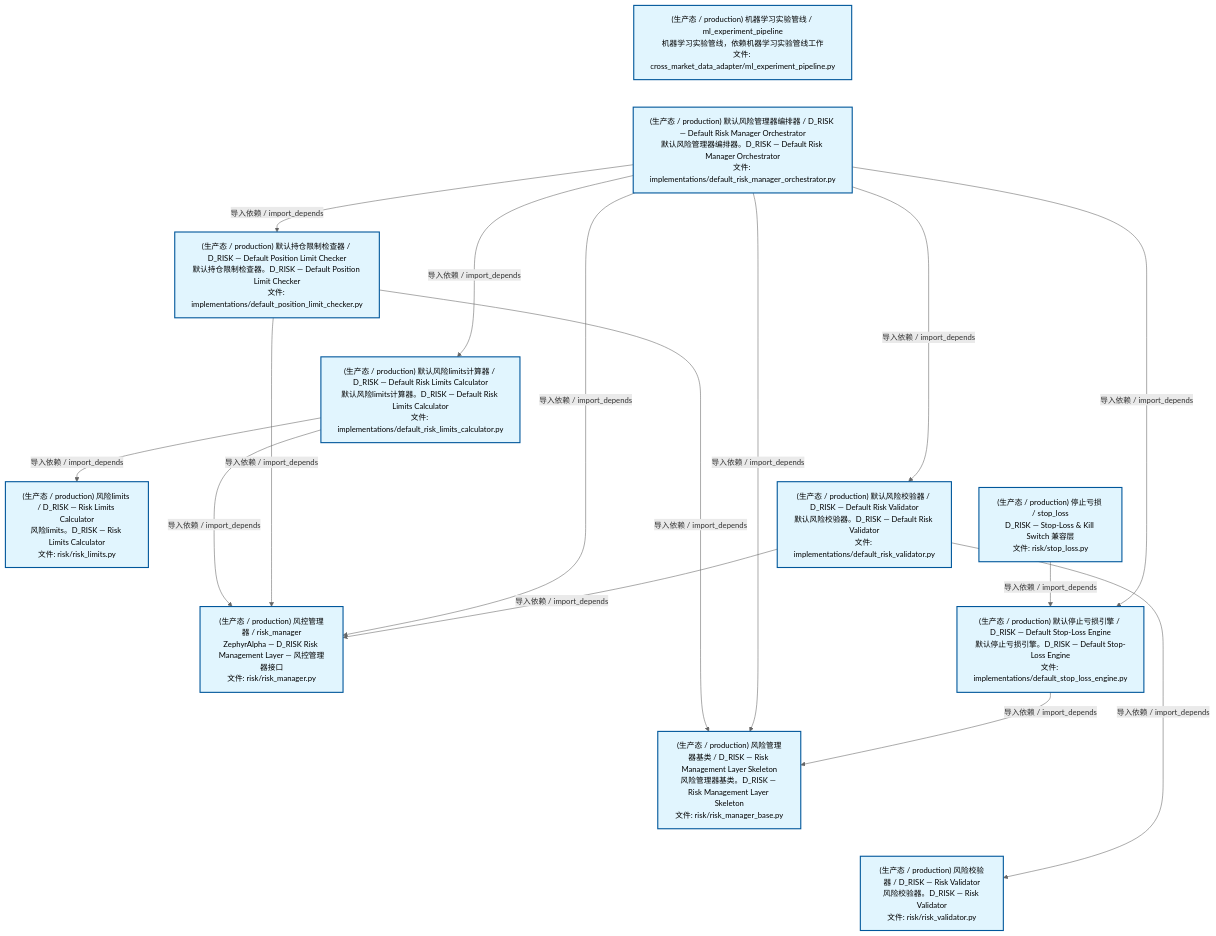
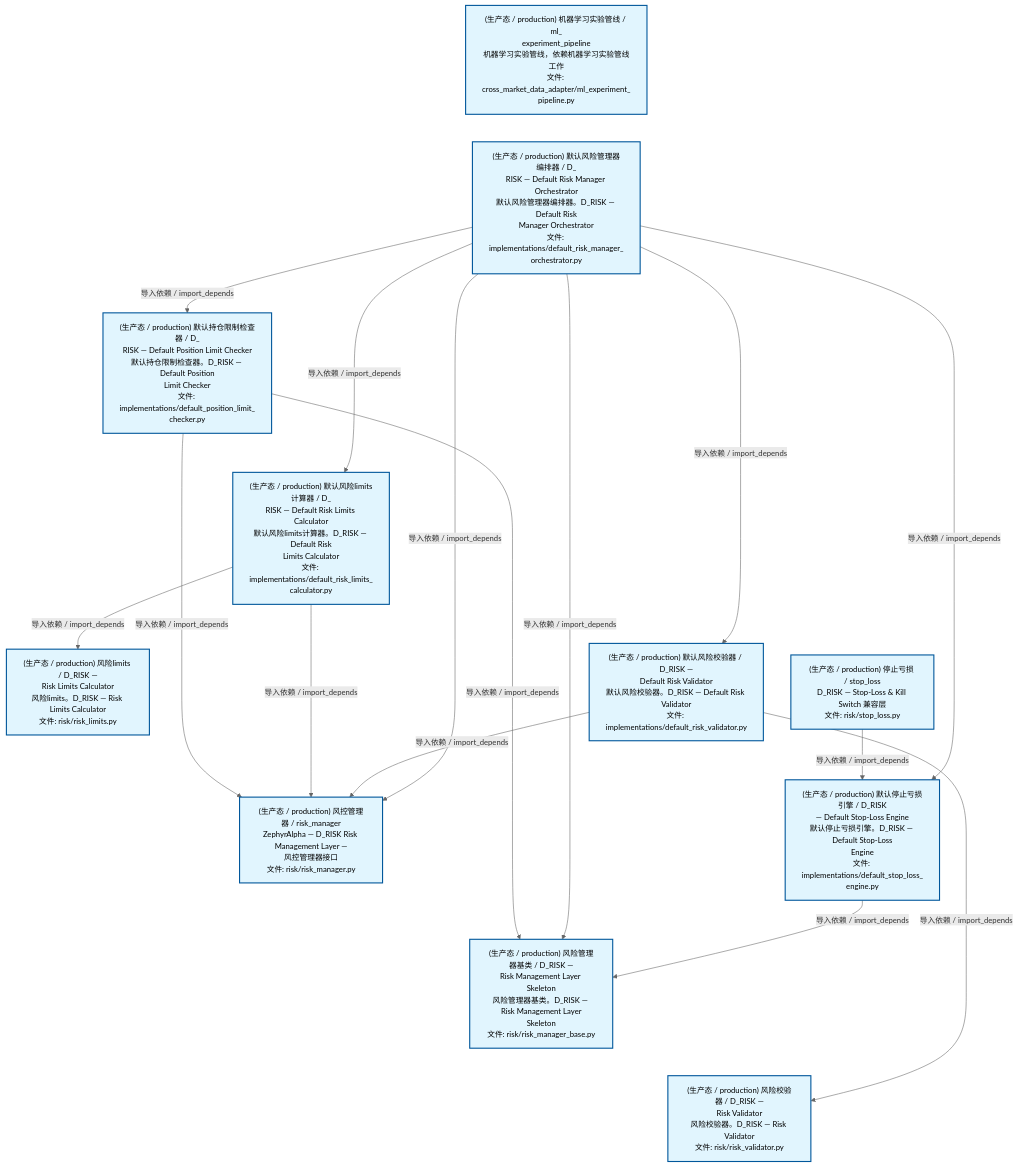
The second of 4 diagrams in docs/02_enterprise_architecture/02_domain_architecture_docs/65_d_risk.md (xuanFelixVan/ZephyrAlpha), drawn with Mermaid before and after one commit. The commit also changed other lines of this file and 61 other files, not shown here.

````diff
--- a/docs/02_enterprise_architecture/02_domain_architecture_docs/65_d_risk.md
+++ b/docs/02_enterprise_architecture/02_domain_architecture_docs/65_d_risk.md
@@ -134,42 +134,42 @@
 ```mermaid
 %%{init: {'theme': 'base', 'themeVariables': {'primaryColor': '#eaeaea', 'primaryTextColor': '#333333', 'primaryBorderColor': '#666666', 'lineColor': '#666666', 'secondaryColor': '#eaeaea', 'tertiaryColor': '#eaeaea', 'fontSize': '14px'}}}%%
 flowchart TD
-    src_zephyr_risk_cross_asset_cross_market_data_adapter_ml_experiment_pipeline_py["(生产态 / production) 机器学习实验管线 / ml_experiment_pipeline<br/>机器学习实验管线，依赖机器学习实验管线工作<br/>文件: cross_market_data_adapter/ml_experiment_pipeline.py"]
-    src_zephyr_risk_implementations_default_risk_manager_orchestrator_py["(生产态 / production) 默认风险管理器编排器 / D_RISK — Default Risk Manager Orchestrator<br/>默认风险管理器编排器。D_RISK — Default Risk Manager Orchestrator<br/>文件: implementations/default_risk_manager_orchestrator.py"]
+    src_zephyr_risk_cross_asset_cross_market_data_adapter_ml_experiment_pipeline_py["(生产态 / production) 机器学习实验管线 / ml_<br/>experiment_pipeline<br/>机器学习实验管线，依赖机器学习实验管线工作<br/>文件: cross_market_data_adapter/ml_experiment_<br/>pipeline.py"]
+    src_zephyr_risk_implementations_default_risk_manager_orchestrator_py["(生产态 / production) 默认风险管理器编排器 / D_<br/>RISK — Default Risk Manager Orchestrator<br/>默认风险管理器编排器。D_RISK — Default Risk<br/>Manager Orchestrator<br/>文件: implementations/default_risk_manager_<br/>orchestrator.py"]
     src_zephyr_risk_stop_loss_py["(生产态 / production) 停止亏损 / stop_loss<br/>D_RISK — Stop-Loss & Kill Switch 兼容层<br/>文件: risk/stop_loss.py"]
     src_zephyr_risk_cross_asset_cross_market_data_adapter_ml_experiment_pipeline_py ~~~ src_zephyr_risk_implementations_default_risk_manager_orchestrator_py
     src_zephyr_risk_implementations_default_risk_manager_orchestrator_py ~~~ src_zephyr_risk_stop_loss_py
-    src_zephyr_risk_implementations_default_position_limit_checker_py["(生产态 / production) 默认持仓限制检查器 / D_RISK — Default Position Limit Checker<br/>默认持仓限制检查器。D_RISK — Default Position Limit Checker<br/>文件: implementations/default_position_limit_checker.py"]
-    src_zephyr_risk_implementations_default_risk_limits_calculator_py["(生产态 / production) 默认风险limits计算器 / D_RISK — Default Risk Limits Calculator<br/>默认风险limits计算器。D_RISK — Default Risk Limits Calculator<br/>文件: implementations/default_risk_limits_calculator.py"]
-    src_zephyr_risk_implementations_default_risk_validator_py["(生产态 / production) 默认风险校验器 / D_RISK — Default Risk Validator<br/>默认风险校验器。D_RISK — Default Risk Validator<br/>文件: implementations/default_risk_validator.py"]
-    src_zephyr_risk_implementations_default_stop_loss_engine_py["(生产态 / production) 默认停止亏损引擎 / D_RISK — Default Stop-Loss Engine<br/>默认停止亏损引擎。D_RISK — Default Stop-Loss Engine<br/>文件: implementations/default_stop_loss_engine.py"]
+    src_zephyr_risk_implementations_default_position_limit_checker_py["(生产态 / production) 默认持仓限制检查器 / D_<br/>RISK — Default Position Limit Checker<br/>默认持仓限制检查器。D_RISK — Default Position<br/>Limit Checker<br/>文件: implementations/default_position_limit_<br/>checker.py"]
+    src_zephyr_risk_implementations_default_risk_limits_calculator_py["(生产态 / production) 默认风险limits计算器 / D_<br/>RISK — Default Risk Limits Calculator<br/>默认风险limits计算器。D_RISK — Default Risk<br/>Limits Calculator<br/>文件: implementations/default_risk_limits_<br/>calculator.py"]
+    src_zephyr_risk_implementations_default_risk_validator_py["(生产态 / production) 默认风险校验器 / D_RISK —<br/>Default Risk Validator<br/>默认风险校验器。D_RISK — Default Risk Validator<br/>文件: implementations/default_risk_validator.py"]
+    src_zephyr_risk_implementations_default_stop_loss_engine_py["(生产态 / production) 默认停止亏损引擎 / D_RISK<br/>— Default Stop-Loss Engine<br/>默认停止亏损引擎。D_RISK — Default Stop-Loss<br/>Engine<br/>文件: implementations/default_stop_loss_<br/>engine.py"]
     src_zephyr_risk_implementations_default_position_limit_checker_py ~~~ src_zephyr_risk_implementations_default_risk_limits_calculator_py
     src_zephyr_risk_implementations_default_risk_limits_calculator_py ~~~ src_zephyr_risk_implementations_default_risk_validator_py
     src_zephyr_risk_implementations_default_risk_validator_py ~~~ src_zephyr_risk_implementations_default_stop_loss_engine_py
-    src_zephyr_risk_risk_limits_py["(生产态 / production) 风险limits / D_RISK — Risk Limits Calculator<br/>风险limits。D_RISK — Risk Limits Calculator<br/>文件: risk/risk_limits.py"]
-    src_zephyr_risk_risk_manager_py["(生产态 / production) 风控管理器 / risk_manager<br/>ZephyrAlpha — D_RISK Risk Management Layer — 风控管理器接口<br/>文件: risk/risk_manager.py"]
-    src_zephyr_risk_risk_manager_base_py["(生产态 / production) 风险管理器基类 / D_RISK — Risk Management Layer Skeleton<br/>风险管理器基类。D_RISK — Risk Management Layer Skeleton<br/>文件: risk/risk_manager_base.py"]
-    src_zephyr_risk_risk_validator_py["(生产态 / production) 风险校验器 / D_RISK — Risk Validator<br/>风险校验器。D_RISK — Risk Validator<br/>文件: risk/risk_validator.py"]
+    src_zephyr_risk_risk_limits_py["(生产态 / production) 风险limits / D_RISK —<br/>Risk Limits Calculator<br/>风险limits。D_RISK — Risk Limits Calculator<br/>文件: risk/risk_limits.py"]
+    src_zephyr_risk_risk_manager_py["(生产态 / production) 风控管理器 / risk_manager<br/>ZephyrAlpha — D_RISK Risk Management Layer —<br/>风控管理器接口<br/>文件: risk/risk_manager.py"]
+    src_zephyr_risk_risk_manager_base_py["(生产态 / production) 风险管理器基类 / D_RISK —<br/>Risk Management Layer Skeleton<br/>风险管理器基类。D_RISK — Risk Management Layer<br/>Skeleton<br/>文件: risk/risk_manager_base.py"]
+    src_zephyr_risk_risk_validator_py["(生产态 / production) 风险校验器 / D_RISK —<br/>Risk Validator<br/>风险校验器。D_RISK — Risk Validator<br/>文件: risk/risk_validator.py"]
     src_zephyr_risk_risk_limits_py ~~~ src_zephyr_risk_risk_manager_py
     src_zephyr_risk_risk_manager_py ~~~ src_zephyr_risk_risk_manager_base_py
     src_zephyr_risk_risk_manager_base_py ~~~ src_zephyr_risk_risk_validator_py
     src_zephyr_risk_stop_loss_py -->|导入依赖 / import_depends| src_zephyr_risk_implementations_default_stop_loss_engine_py
-    src_zephyr_risk_implementations_default_risk_limits_calculator_py -->|导入依赖 / import_depends| src_zephyr_risk_risk_limits_py
-    src_zephyr_risk_implementations_default_risk_limits_calculator_py -->|导入依赖 / import_depends| src_zephyr_risk_risk_manager_py
     src_zephyr_risk_implementations_default_position_limit_checker_py -->|导入依赖 / import_depends| src_zephyr_risk_risk_manager_py
     src_zephyr_risk_implementations_default_position_limit_checker_py -->|导入依赖 / import_depends| src_zephyr_risk_risk_manager_base_py
+    src_zephyr_risk_implementations_default_risk_limits_calculator_py -->|导入依赖 / import_depends| src_zephyr_risk_risk_manager_py
+    src_zephyr_risk_implementations_default_risk_limits_calculator_py -->|导入依赖 / import_depends| src_zephyr_risk_risk_limits_py
+    src_zephyr_risk_implementations_default_risk_validator_py -->|导入依赖 / import_depends| src_zephyr_risk_risk_manager_py
+    src_zephyr_risk_implementations_default_risk_validator_py -->|导入依赖 / import_depends| src_zephyr_risk_risk_validator_py
     src_zephyr_risk_implementations_default_risk_manager_orchestrator_py -->|导入依赖 / import_depends| src_zephyr_risk_risk_manager_py
     src_zephyr_risk_implementations_default_risk_manager_orchestrator_py -->|导入依赖 / import_depends| src_zephyr_risk_risk_manager_base_py
+    src_zephyr_risk_implementations_default_risk_manager_orchestrator_py -->|导入依赖 / import_depends| src_zephyr_risk_implementations_default_position_limit_checker_py
     src_zephyr_risk_implementations_default_risk_manager_orchestrator_py -->|导入依赖 / import_depends| src_zephyr_risk_implementations_default_risk_limits_calculator_py
-    src_zephyr_risk_implementations_default_risk_manager_orchestrator_py -->|导入依赖 / import_depends| src_zephyr_risk_implementations_default_position_limit_checker_py
+    src_zephyr_risk_implementations_default_risk_manager_orchestrator_py -->|导入依赖 / import_depends| src_zephyr_risk_implementations_default_risk_validator_py
     src_zephyr_risk_implementations_default_risk_manager_orchestrator_py -->|导入依赖 / import_depends| src_zephyr_risk_implementations_default_stop_loss_engine_py
-    src_zephyr_risk_implementations_default_risk_manager_orchestrator_py -->|导入依赖 / import_depends| src_zephyr_risk_implementations_default_risk_validator_py
     src_zephyr_risk_implementations_default_stop_loss_engine_py -->|导入依赖 / import_depends| src_zephyr_risk_risk_manager_base_py
-    src_zephyr_risk_implementations_default_risk_validator_py -->|导入依赖 / import_depends| src_zephyr_risk_risk_manager_py
-    src_zephyr_risk_implementations_default_risk_validator_py -->|导入依赖 / import_depends| src_zephyr_risk_risk_validator_py
     classDef production fill:#e1f5fe,stroke:#01579b,stroke-width:2px,color:#000
     classDef design fill:#fff3e0,stroke:#e65100,stroke-width:2px,color:#000,stroke-dasharray: 5 5
     classDef external_prod fill:#e8f4fd,stroke:#0277bd,stroke-width:1px,color:#000
     classDef external_design fill:#fff8e7,stroke:#ef6c00,stroke-width:1px,color:#000,stroke-dasharray: 5 5
     class src_zephyr_risk_cross_asset_cross_market_data_adapter_ml_experiment_pipeline_py,src_zephyr_risk_implementations_default_position_limit_checker_py,src_zephyr_risk_implementations_default_risk_limits_calculator_py,src_zephyr_risk_implementations_default_risk_manager_orchestrator_py,src_zephyr_risk_implementations_default_risk_validator_py,src_zephyr_risk_implementations_default_stop_loss_engine_py,src_zephyr_risk_risk_limits_py,src_zephyr_risk_risk_manager_py,src_zephyr_risk_risk_manager_base_py,src_zephyr_risk_risk_validator_py,src_zephyr_risk_stop_loss_py production
 ```
````
